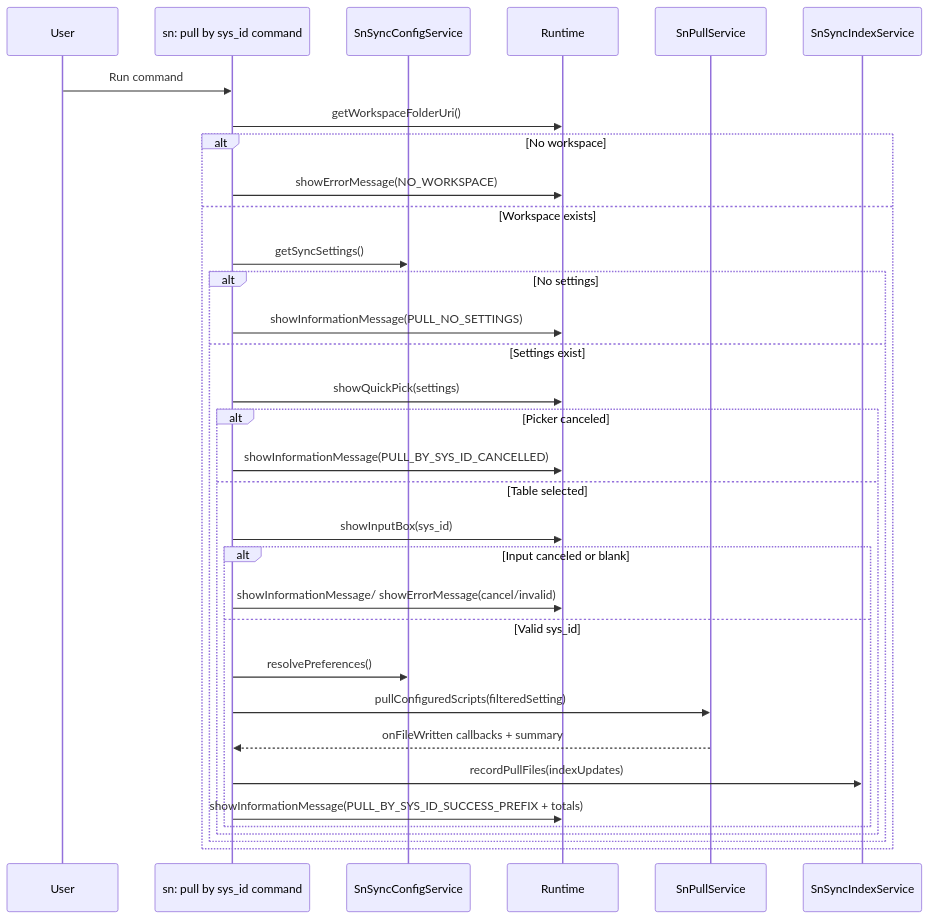
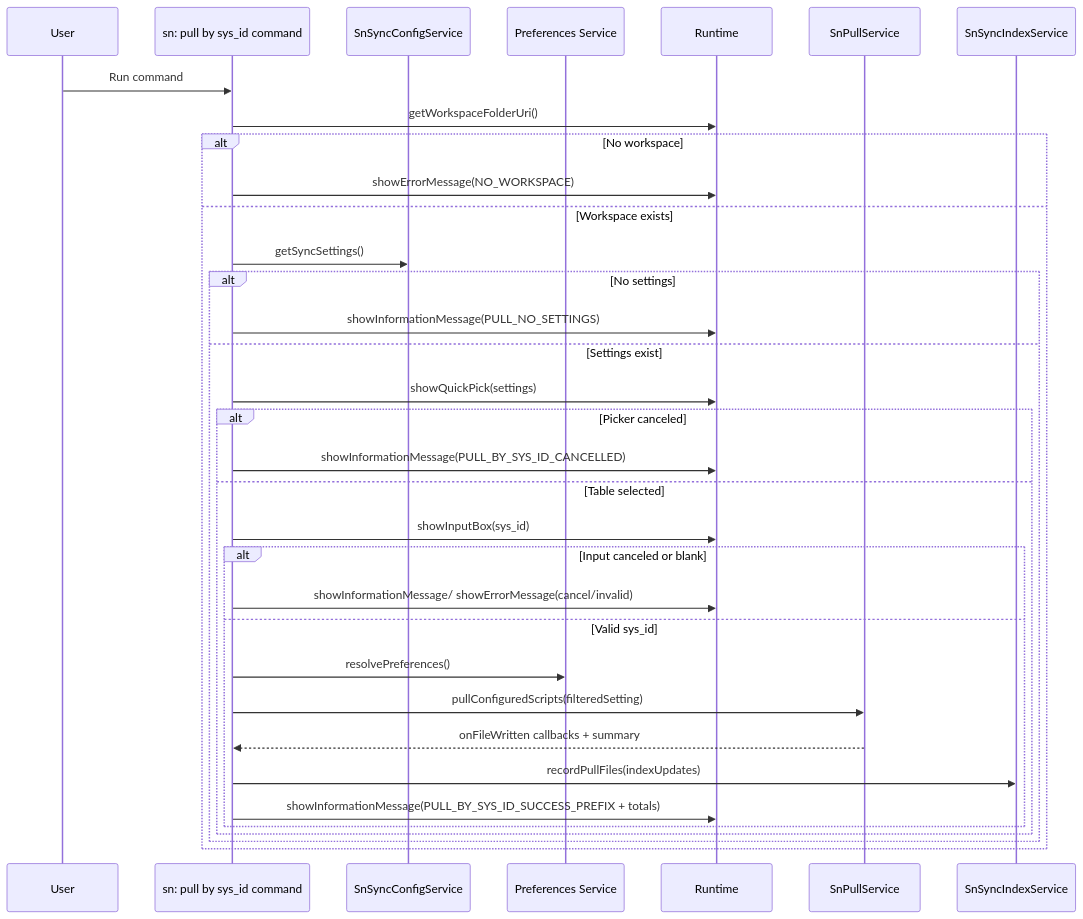
Before and after one commit to AlexAlvarez092/sn-sync: the diagram in docs/sn-pull-by-sys-id.md, drawn with Mermaid. The commit also changed other lines of this file and 46 other files, not shown here.

````diff
--- a/docs/sn-pull-by-sys-id.md
+++ b/docs/sn-pull-by-sys-id.md
@@ -77,36 +78,37 @@
 ```mermaid
 sequenceDiagram
    participant U as User
    participant C as sn: pull by sys_id command
    participant CFG as SnSyncConfigService
+   participant PREF as Preferences Service
    participant R as Runtime
    participant P as SnPullService
    participant I as SnSyncIndexService
 
    U->>C: Run command
    C->>R: getWorkspaceFolderUri()
    alt No workspace
       C->>R: showErrorMessage(NO_WORKSPACE)
    else Workspace exists
       C->>CFG: getSyncSettings()
       alt No settings
          C->>R: showInformationMessage(PULL_NO_SETTINGS)
       else Settings exist
          C->>R: showQuickPick(settings)
          alt Picker canceled
             C->>R: showInformationMessage(PULL_BY_SYS_ID_CANCELLED)
          else Table selected
             C->>R: showInputBox(sys_id)
             alt Input canceled or blank
                C->>R: showInformationMessage/ showErrorMessage(cancel/invalid)
             else Valid sys_id
-               C->>CFG: resolvePreferences()
+               C->>PREF: resolvePreferences()
                C->>P: pullConfiguredScripts(filteredSetting)
                P-->>C: onFileWritten callbacks + summary
                C->>I: recordPullFiles(indexUpdates)
                C->>R: showInformationMessage(PULL_BY_SYS_ID_SUCCESS_PREFIX + totals)
             end
          end
       end
    end
 ```
````
